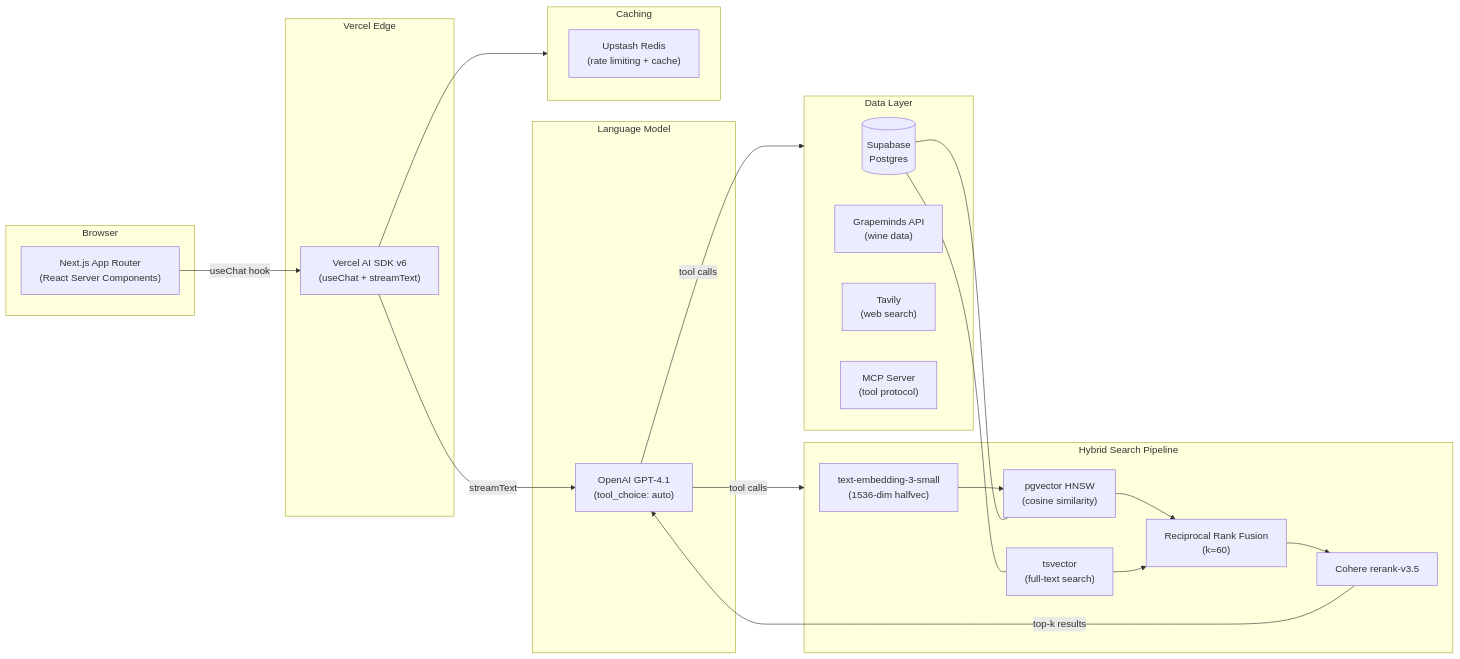
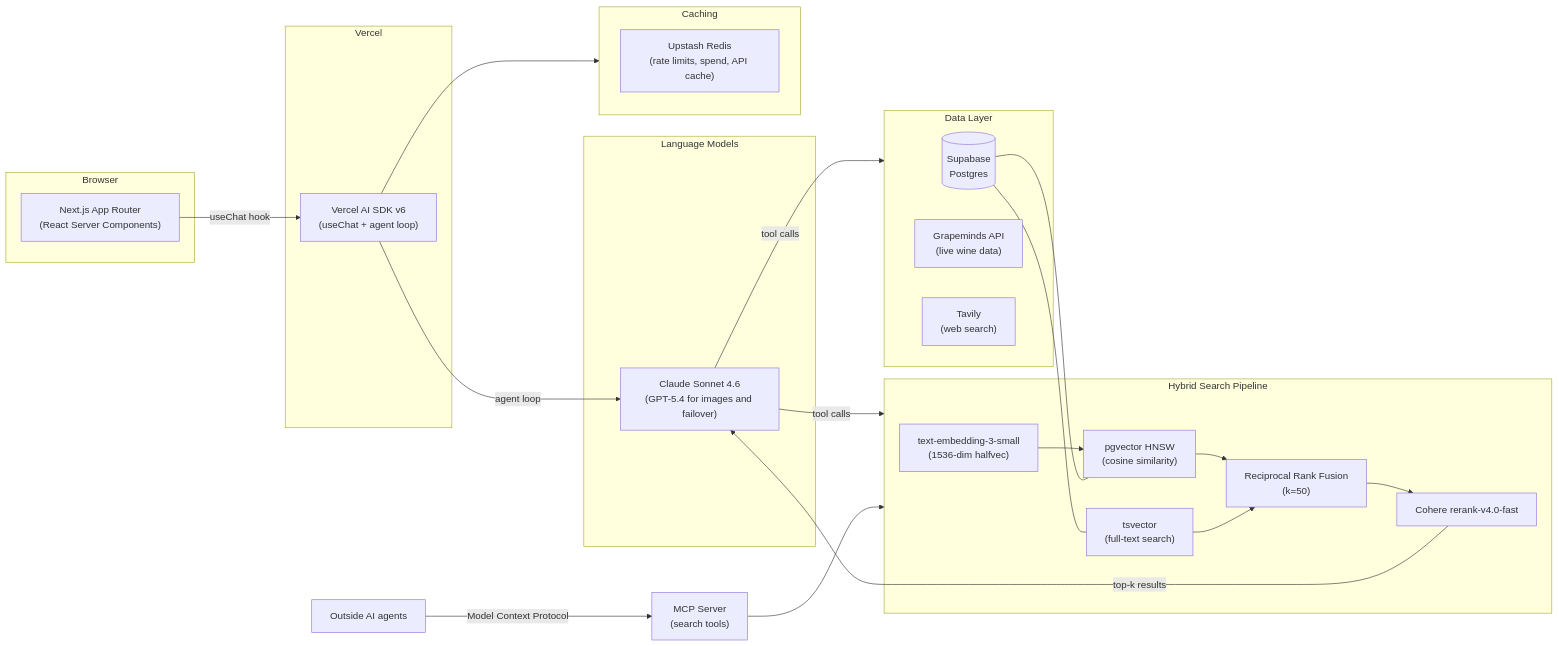
Before and after one commit to AIJSAI/vinny-showcase: the diagram in README.md, drawn with Mermaid. The commit also changed other lines of this file and 1 other file, not shown here.

````diff
--- a/README.md
+++ b/README.md
@@ -21,46 +21,48 @@
 ```mermaid
 flowchart LR
     subgraph Client["Browser"]
-        UI["Next.js App Router\n(React Server Components)"]
+        UI["Next.js App Router<br/>(React Server Components)"]
     end
 
-    subgraph Edge["Vercel Edge"]
-        AI["Vercel AI SDK v6\n(useChat + streamText)"]
+    subgraph Edge["Vercel"]
+        AI["Vercel AI SDK v6<br/>(useChat + agent loop)"]
     end
 
-    subgraph LLM["Language Model"]
-        GPT["OpenAI GPT-4.1\n(tool_choice: auto)"]
+    subgraph LLM["Language Models"]
+        Chat["Claude Sonnet 4.6<br/>(GPT-5.4 for images and failover)"]
     end
 
     subgraph RAG["Hybrid Search Pipeline"]
-        EMB["text-embedding-3-small\n(1536-dim halfvec)"]
-        VEC["pgvector HNSW\n(cosine similarity)"]
-        FTS["tsvector\n(full-text search)"]
-        RRF["Reciprocal Rank Fusion\n(k=60)"]
-        RR["Cohere rerank-v3.5"]
+        EMB["text-embedding-3-small<br/>(1536-dim halfvec)"]
+        VEC["pgvector HNSW<br/>(cosine similarity)"]
+        FTS["tsvector<br/>(full-text search)"]
+        RRF["Reciprocal Rank Fusion<br/>(k=50)"]
+        RR["Cohere rerank-v4.0-fast"]
     end
 
     subgraph Data["Data Layer"]
-        SB[("Supabase\nPostgres")]
-        GM["Grapeminds API\n(wine data)"]
-        WEB["Tavily\n(web search)"]
-        MCP["MCP Server\n(tool protocol)"]
+        SB[("Supabase<br/>Postgres")]
+        GM["Grapeminds API<br/>(live wine data)"]
+        WEB["Tavily<br/>(web search)"]
     end
 
     subgraph Cache["Caching"]
-        Redis["Upstash Redis\n(rate limiting + cache)"]
+        Redis["Upstash Redis<br/>(rate limits, spend, API cache)"]
     end
 
+    Agents["Outside AI agents"] -->|Model Context Protocol| MCP["MCP Server<br/>(search tools)"]
+
     UI -->|useChat hook| AI
-    AI -->|streamText| GPT
-    GPT -->|tool calls| RAG
+    AI -->|agent loop| Chat
+    Chat -->|tool calls| RAG
     EMB --> VEC
     VEC --> RRF
     FTS --> RRF
     RRF --> RR
-    RR -->|top-k results| GPT
-    GPT -->|tool calls| Data
+    RR -->|top-k results| Chat
+    Chat -->|tool calls| Data
+    MCP --> RAG
     SB --- VEC
     SB --- FTS
     AI --> Cache
 ```
````
